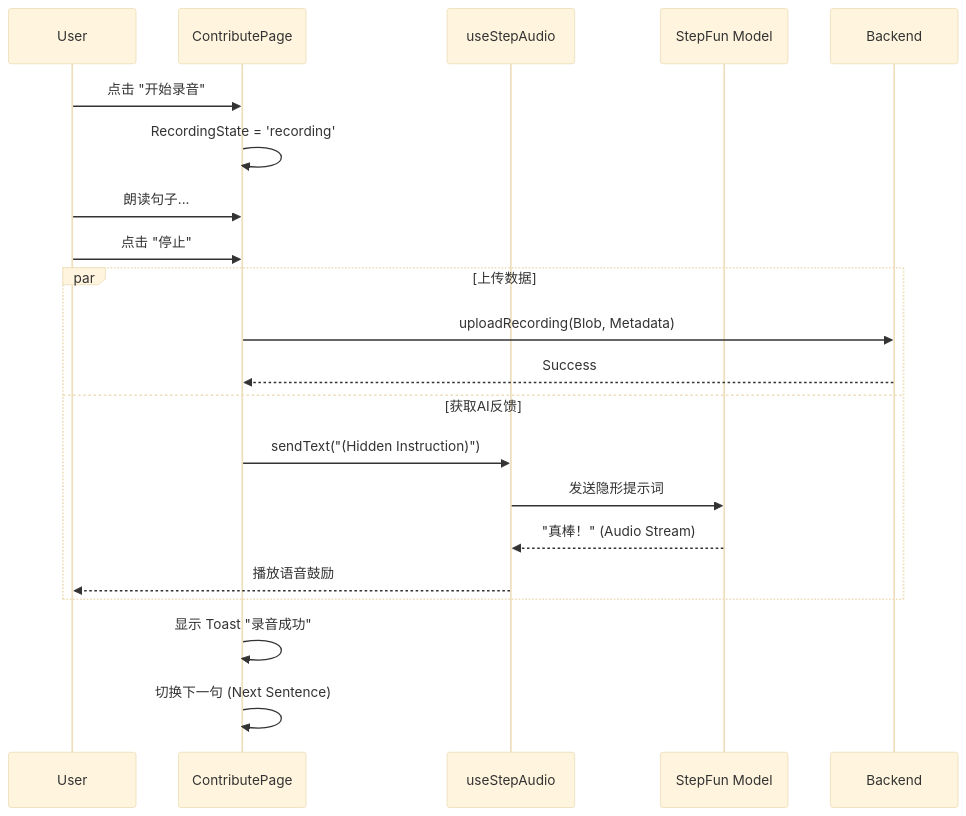
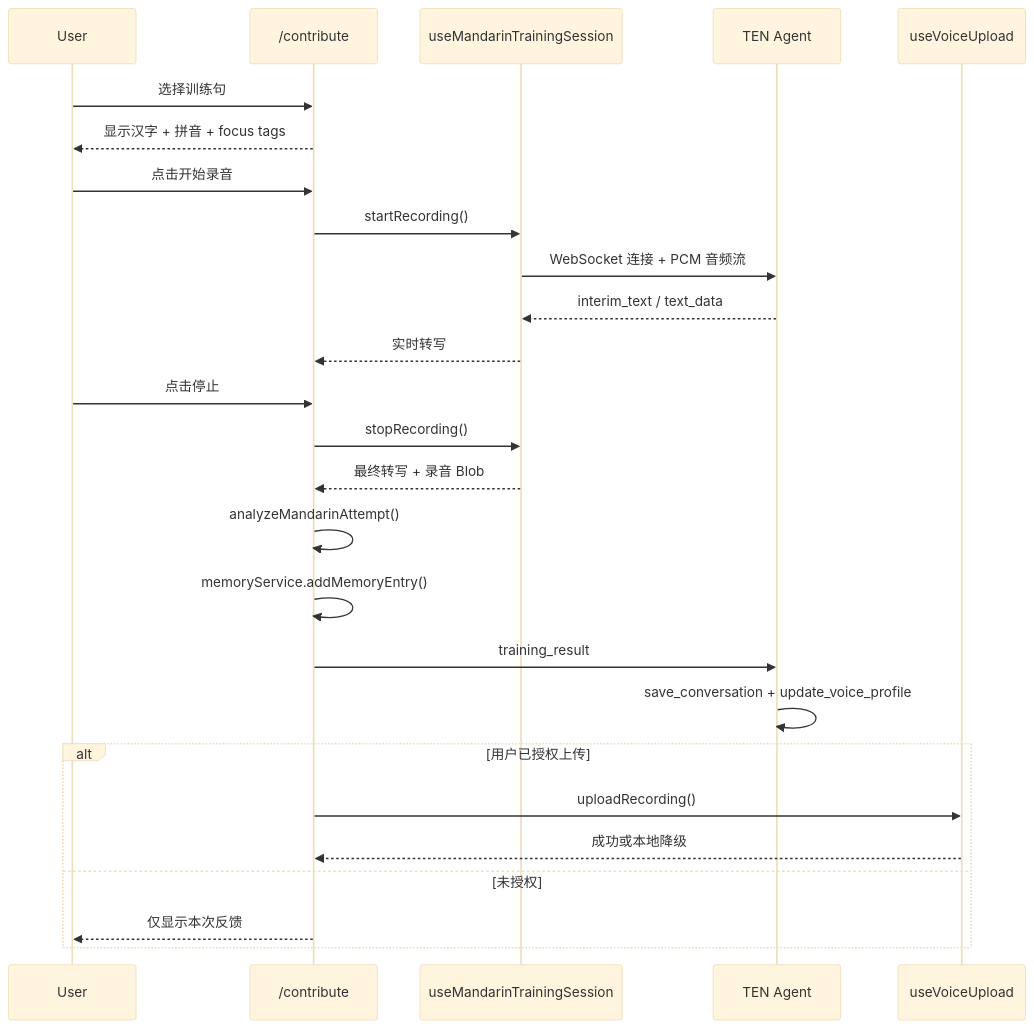
Before and after one commit to AIden-QiU1/VoxFlame-Agent: the second of 2 diagrams in docs/FRONTEND_ARCHITECTURE.md, drawn with Mermaid (base theme). The commit also changed other lines of this file and 77 other files, not shown here.

````diff
--- a/docs/FRONTEND_ARCHITECTURE.md
+++ b/docs/FRONTEND_ARCHITECTURE.md
@@ -57,26 +52,29 @@
 ```mermaid
 sequenceDiagram
     participant User
-    participant UI as ContributePage
-    participant Hook as useStepAudio
-    participant AI as StepFun Model
-    participant Backend
+    participant UI as /contribute
+    participant Session as useMandarinTrainingSession
+    participant Agent as TEN Agent
+    participant Upload as useVoiceUpload
 
-    User->>UI: 点击 "开始录音"
-    UI->>UI: RecordingState = 'recording'
-    User->>UI: 朗读句子...
-    User->>UI: 点击 "停止"
-    
-    par 上传数据
-        UI->>Backend: uploadRecording(Blob, Metadata)
-        Backend-->>UI: Success
-    and 获取AI反馈
-        UI->>Hook: sendText("(Hidden Instruction)")
-        Hook->>AI: 发送隐形提示词
-        AI-->>Hook: "真棒！" (Audio Stream)
-        Hook-->>User: 播放语音鼓励
+    User->>UI: 选择训练句
+    UI-->>User: 显示汉字 + 拼音 + focus tags
+    User->>UI: 点击开始录音
+    UI->>Session: startRecording()
+    Session->>Agent: WebSocket 连接 + PCM 音频流
+    Agent-->>Session: interim_text / text_data
+    Session-->>UI: 实时转写
+    User->>UI: 点击停止
+    UI->>Session: stopRecording()
+    Session-->>UI: 最终转写 + 录音 Blob
+    UI->>UI: analyzeMandarinAttempt()
+    UI->>UI: memoryService.addMemoryEntry()
+    UI->>Agent: training_result
+    Agent->>Agent: save_conversation + update_voice_profile
+    alt 用户已授权上传
+        UI->>Upload: uploadRecording()
+        Upload-->>UI: 成功或本地降级
+    else 未授权
+        UI-->>User: 仅显示本次反馈
     end
-
-    UI->>UI: 显示 Toast "录音成功"
-    UI->>UI: 切换下一句 (Next Sentence)
 ```
````
